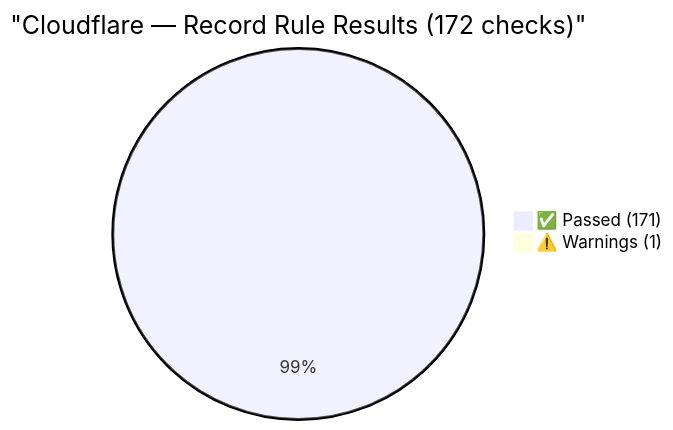
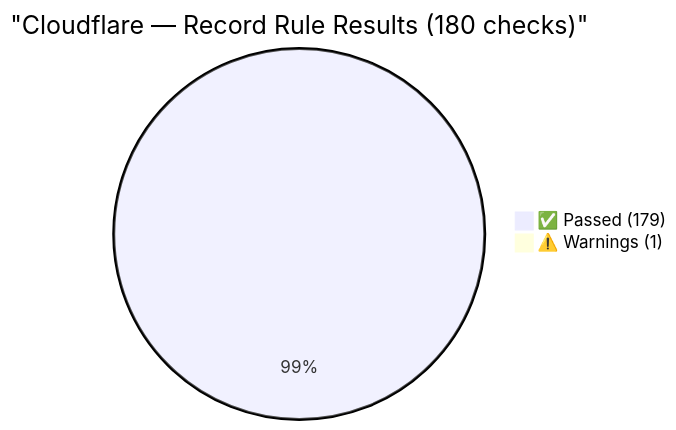
The seventh of 8 diagrams in tests/reports/crit-test-report.md (Vulnetix/ietf-crit-spec), drawn with Mermaid before and after one commit. The commit also changed other lines of this file and 19 other files, not shown here.

````diff
--- a/tests/reports/crit-test-report.md
+++ b/tests/reports/crit-test-report.md
@@ -439,5 +447,5 @@
 ```mermaid
-pie title "Cloudflare — Record Rule Results (172 checks)"
-    "✅ Passed (171)" : 171
+pie title "Cloudflare — Record Rule Results (180 checks)"
+    "✅ Passed (179)" : 179
     "⚠️ Warnings (1)" : 1
 ```
````
